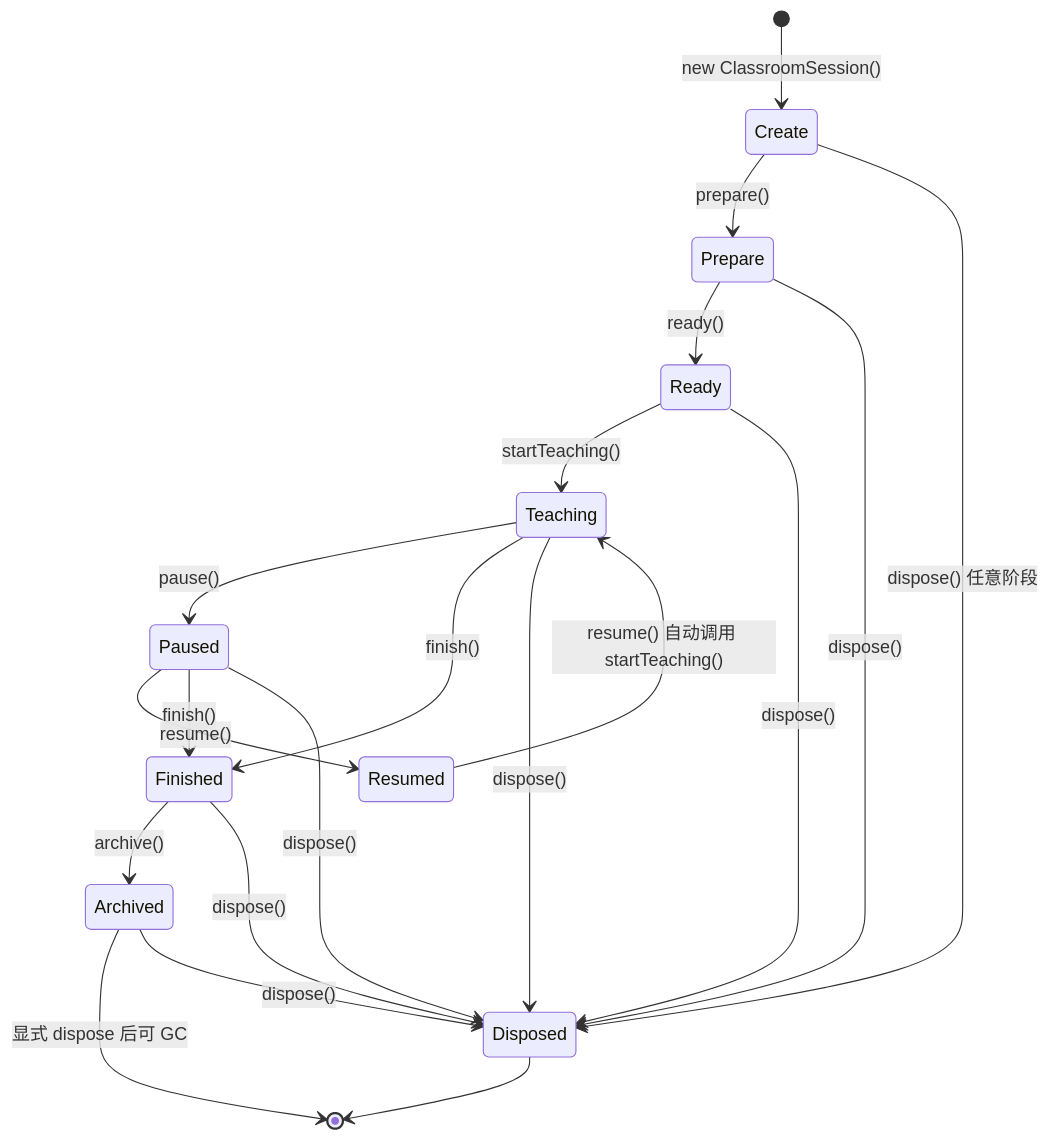
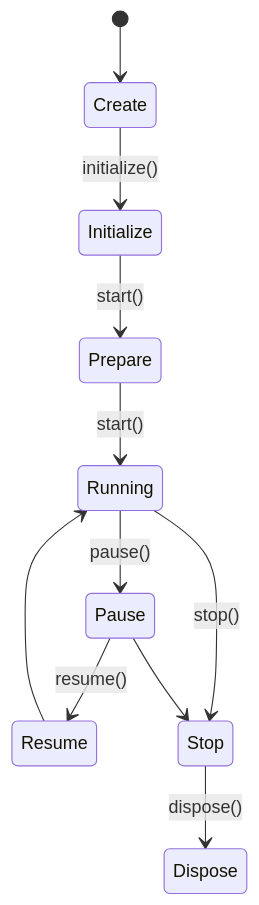
One commit to aymwoo/OpenLearn-Next-V2 changed the first of 2 diagrams in docs/architecture/classroom-runtime.md. Above: the diagram before and after it, drawn with Mermaid. The commit also changed other lines of this file and 12 other files, not shown here.

````diff
--- a/docs/architecture/classroom-runtime.md
+++ b/docs/architecture/classroom-runtime.md
@@ -44,22 +38,13 @@
 ```mermaid
 stateDiagram-v2
-    [*] --> Create: new ClassroomSession()
-    Create --> Prepare: prepare()
-    Prepare --> Ready: ready()
-    Ready --> Teaching: startTeaching()
-    Resumed --> Teaching: resume() 自动调用 startTeaching()
-    Teaching --> Paused: pause()
-    Paused --> Resumed: resume()
-    Teaching --> Finished: finish()
-    Paused --> Finished: finish()
-    Finished --> Archived: archive()
-    Archived --> [*]: 显式 dispose 后可 GC
-    Create --> Disposed: dispose() 任意阶段
-    Prepare --> Disposed: dispose()
-    Ready --> Disposed: dispose()
-    Teaching --> Disposed: dispose()
-    Paused --> Disposed: dispose()
-    Finished --> Disposed: dispose()
-    Archived --> Disposed: dispose()
-    Disposed --> [*]
+    [*] --> Create
+    Create --> Initialize: initialize()
+    Initialize --> Prepare: start()
+    Prepare --> Running: start()
+    Running --> Pause: pause()
+    Pause --> Resume: resume()
+    Resume --> Running
+    Running --> Stop: stop()
+    Stop --> Dispose: dispose()
+    Pause --> Stop
 ```
````
